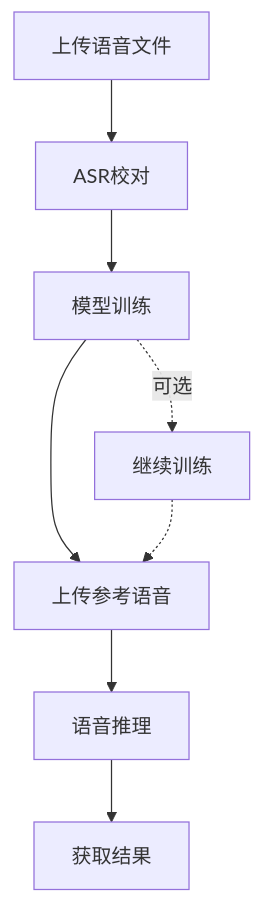
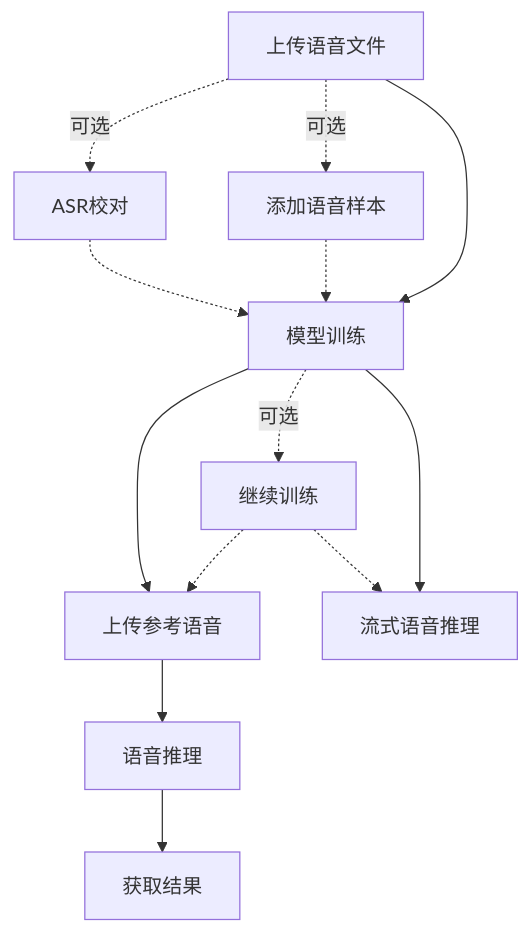
The diagram in docs/cn/api.md (newsiquare/mockvox), drawn with Mermaid before and after one commit. The commit also changed other lines of this file and 3 other files, not shown here.

````diff
--- a/docs/cn/api.md
+++ b/docs/cn/api.md
@@ -46,10 +46,15 @@
 ```mermaid
 graph TD
-    A[上传语音文件] --> B[ASR校对]
-    B --> C[模型训练]
+    A[上传语音文件] -.-> |可选| B[ASR校对]
+    A -.-> |可选| H[添加语音样本]
+    A --> C[模型训练]
+    B -.-> C
+    H -.-> C
     C --> D[上传参考语音]
     C -.-> |可选| E[继续训练]  
     E -.-> D
     D --> F[语音推理]                  
     F --> G[获取结果]
+    C --> J[流式语音推理]
+    E -.-> J
 ```
````
